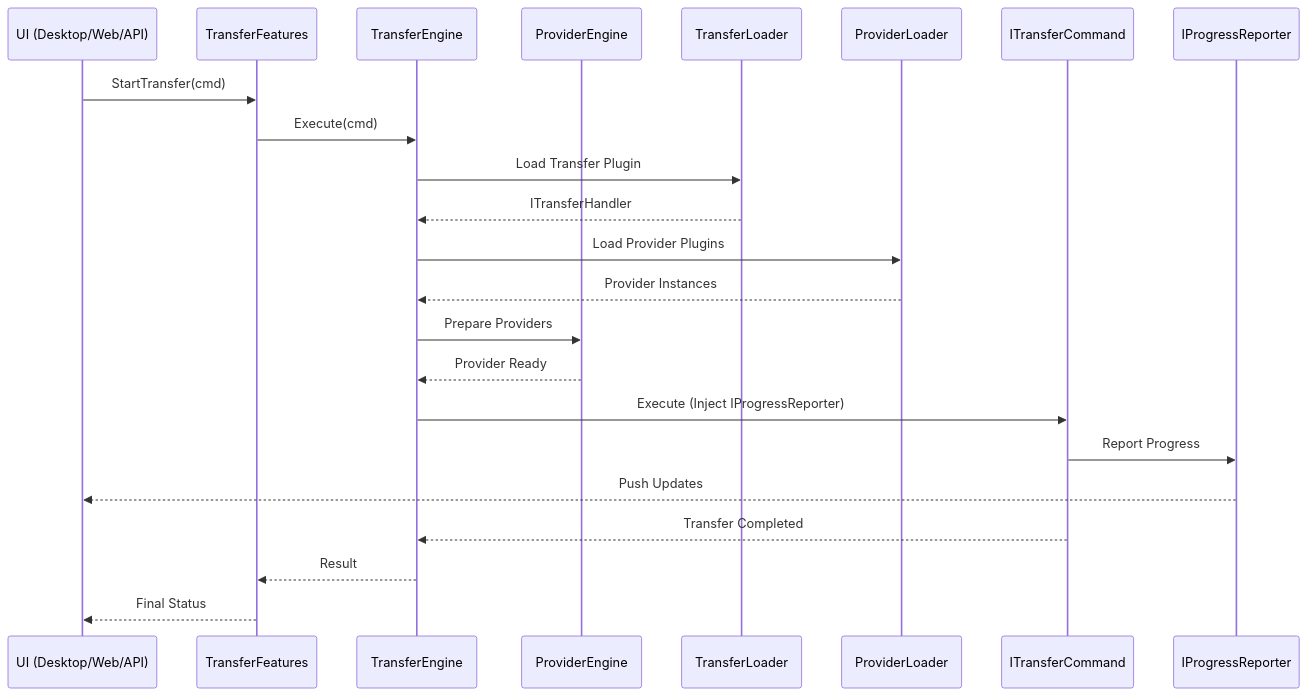
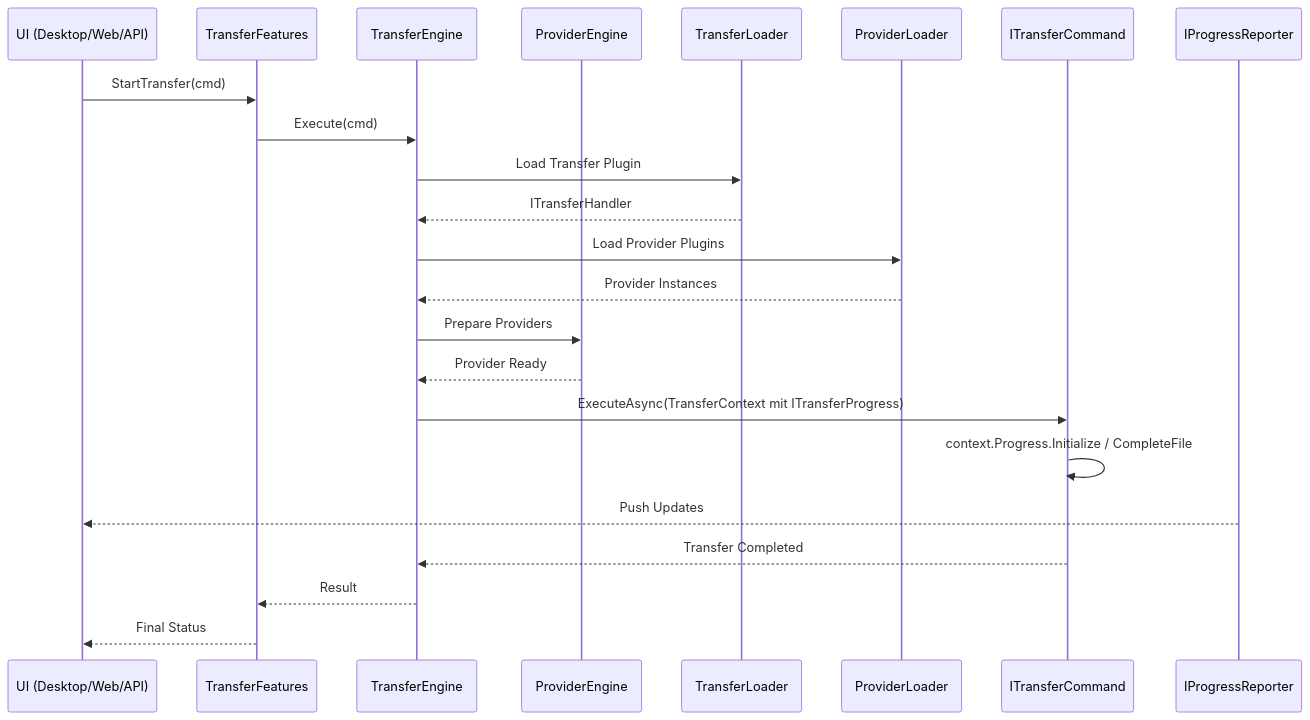
One commit to SOWITransferX/plugin-devkit changed the eighth of 8 diagrams in docs/architecture/architecture.md. Above: the diagram before and after it, drawn with Mermaid. The commit also changed other lines of this file and 26 other files, not shown here.

````diff
--- a/docs/architecture/architecture.md
+++ b/docs/architecture/architecture.md
@@ -721,32 +724,32 @@
 ```mermaid
 sequenceDiagram
     participant UI as UI (Desktop/Web/API)
     participant AF as TransferFeatures
     participant TE as TransferEngine
     participant PE as ProviderEngine
     participant TL as TransferLoader
     participant PL as ProviderLoader
     participant TC as ITransferCommand
     participant PR as IProgressReporter
 
     UI->>AF: StartTransfer(cmd)
     AF->>TE: Execute(cmd)
 
     TE->>TL: Load Transfer Plugin
     TL-->>TE: ITransferHandler
 
     TE->>PL: Load Provider Plugins
     PL-->>TE: Provider Instances
 
     TE->>PE: Prepare Providers
     PE-->>TE: Provider Ready
 
-    TE->>TC: Execute (Inject IProgressReporter)
-    TC->>PR: Report Progress
+    TE->>TC: ExecuteAsync(TransferContext mit ITransferProgress)
+    TC->>TC: context.Progress.Initialize / CompleteFile
 
     PR-->>UI: Push Updates
 
     TC-->>TE: Transfer Completed
     TE-->>AF: Result
     AF-->>UI: Final Status
 ```
````
